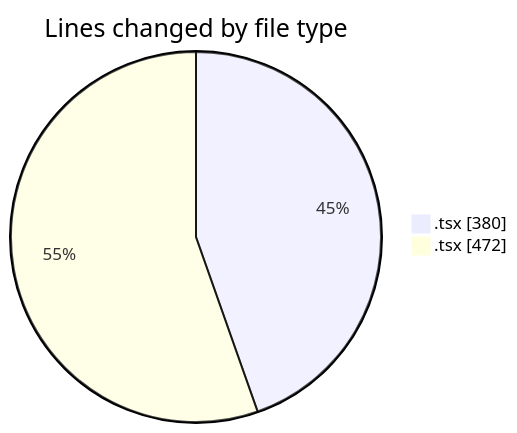
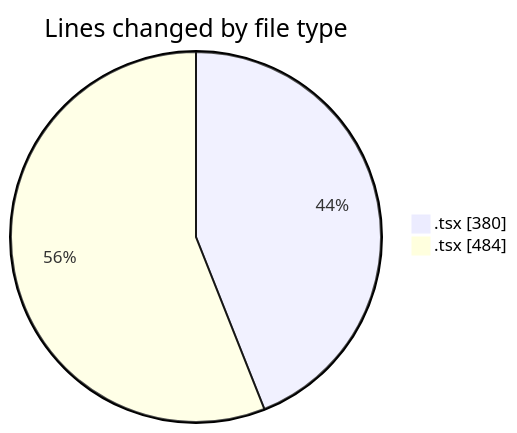
The first of 2 diagrams in 2025-02-06/mbc-web/README.md (robertbonfada/code-tracking), drawn with Mermaid before and after one commit. The commit also changed other lines of this file and 1 other file, not shown here.

````diff
--- a/2025-02-06/mbc-web/README.md
+++ b/2025-02-06/mbc-web/README.md
@@ -24,6 +24,6 @@
 ```mermaid
 pie showData
 title Lines changed by file type
 ".tsx " : 380
-".tsx" : 472
+".tsx" : 484
 ```
````
